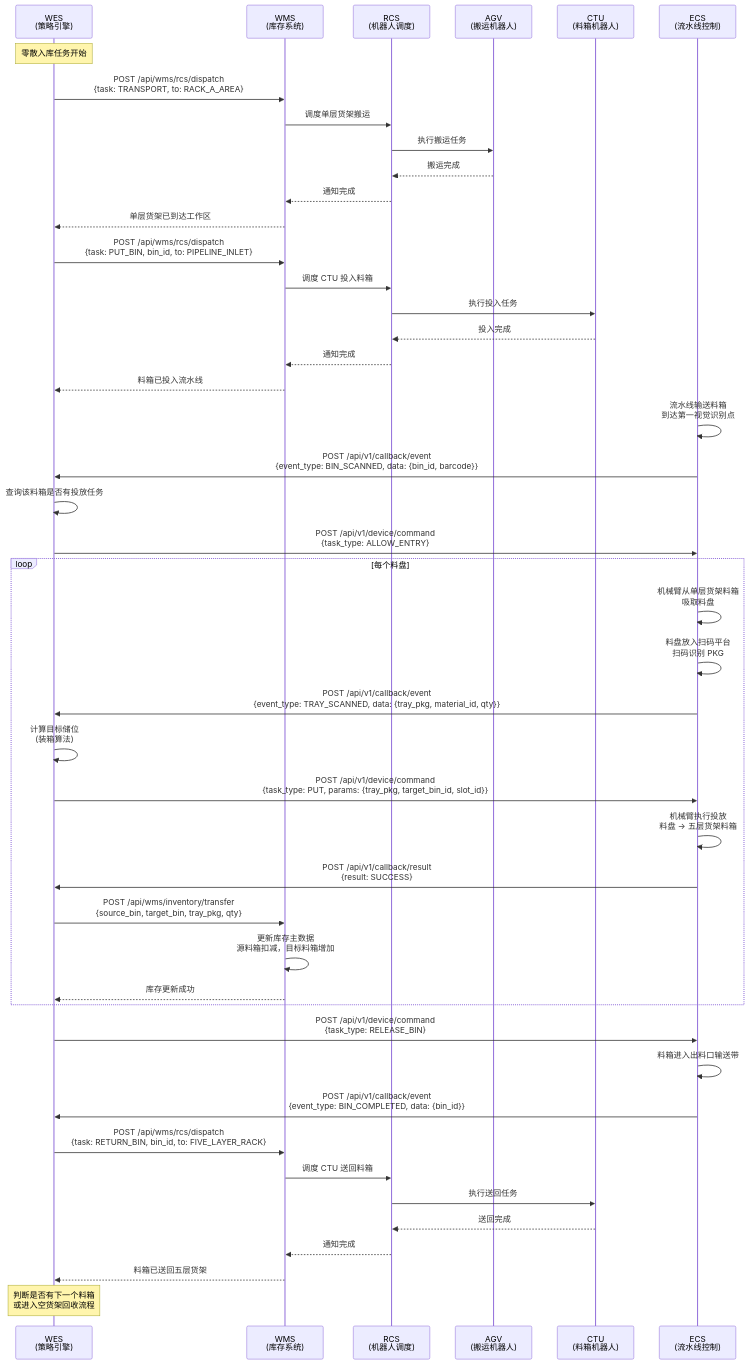
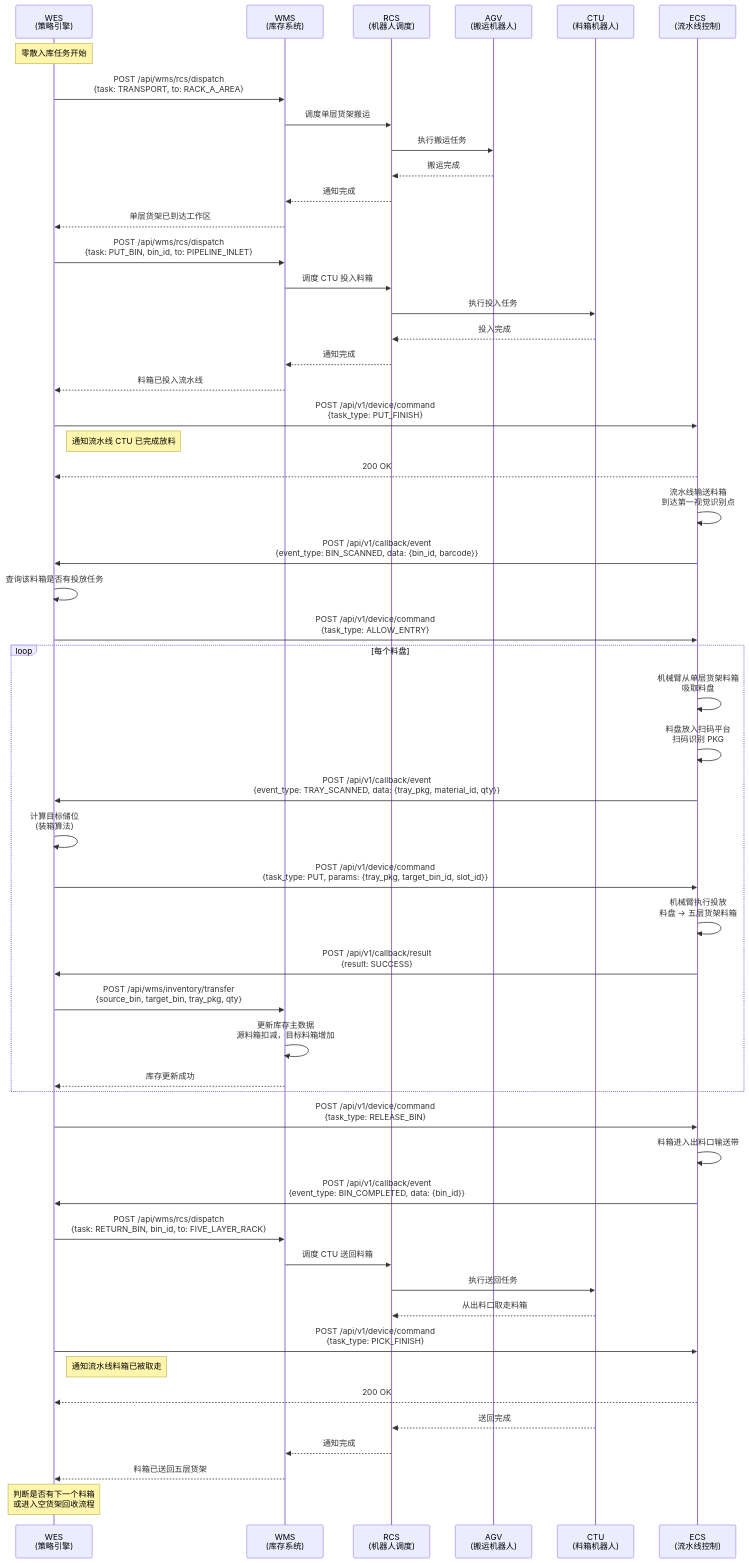
The fourth of 9 diagrams in docs/design/3.3.2-hybrid-inbound-strategy.md (kaizhoumasha/fxn_wms), drawn with Mermaid before and after one commit. The commit also changed other lines of this file and 1 other file, not shown here.

Commit message:
feat(docs): 添加CTU与流水线协调信号机制说明
在3.3.2混合入库策略和3.3.3 SMT生产发料文档中添加了CTU与流水线
的硬件协调信号机制：

- 新增PUT_FINISH信号：CTU完成放料后，WES发送PUT_FINISH命令到ECS，
  通知流水线CTU已完成放料动作
- 新增PICK_FINISH信号：CTU取走料箱后，WES发送PICK_FINISH命令到ECS，
  通知流水线料箱已被完全取走
- 更新了序列图，添加了相应的API调用和状态流转
- 优化了CTU批量取箱逐个放箱的流程说明
- 完善了出料口CTU回库作业的信号交互流程

````diff
--- a/docs/design/3.3.2-hybrid-inbound-strategy.md
+++ b/docs/design/3.3.2-hybrid-inbound-strategy.md
@@ -915,64 +917,71 @@
 ```mermaid
 sequenceDiagram
     participant WES as WES<br/>(策略引擎)
     participant WMS as WMS<br/>(库存系统)
     participant RCS as RCS<br/>(机器人调度)
     participant AGV as AGV<br/>(搬运机器人)
     participant CTU as CTU<br/>(料箱机器人)
     participant ECS as ECS<br/>(流水线控制)
 
     Note over WES: 零散入库任务开始
 
     %% 单层货架搬运至流水线工作区
     WES->>WMS: POST /api/wms/rcs/dispatch<br/>{task: TRANSPORT, to: RACK_A_AREA}
     WMS->>RCS: 调度单层货架搬运
     RCS->>AGV: 执行搬运任务
     AGV-->>RCS: 搬运完成
     RCS-->>WMS: 通知完成
     WMS-->>WES: 单层货架已到达工作区
 
     %% CTU 投入料箱到流水线
     WES->>WMS: POST /api/wms/rcs/dispatch<br/>{task: PUT_BIN, bin_id, to: PIPELINE_INLET}
     WMS->>RCS: 调度 CTU 投入料箱
     RCS->>CTU: 执行投入任务
     CTU-->>RCS: 投入完成
     RCS-->>WMS: 通知完成
     WMS-->>WES: 料箱已投入流水线
+    WES->>ECS: POST /api/v1/device/command<br/>{task_type: PUT_FINISH}
+    Note right of WES: 通知流水线 CTU 已完成放料
+    ECS-->>WES: 200 OK
 
     %% 流水线第一视觉识别点
     ECS->>ECS: 流水线输送料箱<br/>到达第一视觉识别点
     ECS->>WES: POST /api/v1/callback/event<br/>{event_type: BIN_SCANNED, data: {bin_id, barcode}}
     WES->>WES: 查询该料箱是否有投放任务
     WES->>ECS: POST /api/v1/device/command<br/>{task_type: ALLOW_ENTRY}
 
     %% 工作位料盘投放循环
     loop 每个料盘
         ECS->>ECS: 机械臂从单层货架料箱<br/>吸取料盘
         ECS->>ECS: 料盘放入扫码平台<br/>扫码识别 PKG
         ECS->>WES: POST /api/v1/callback/event<br/>{event_type: TRAY_SCANNED, data: {tray_pkg, material_id, qty}}
 
         WES->>WES: 计算目标储位<br/>(装箱算法)
         WES->>ECS: POST /api/v1/device/command<br/>{task_type: PUT, params: {tray_pkg, target_bin_id, slot_id}}
 
         ECS->>ECS: 机械臂执行投放<br/>料盘 → 五层货架料箱
         ECS->>WES: POST /api/v1/callback/result<br/>{result: SUCCESS}
 
         WES->>WMS: POST /api/wms/inventory/transfer<br/>{source_bin, target_bin, tray_pkg, qty}
         WMS->>WMS: 更新库存主数据<br/>源料箱扣减，目标料箱增加
         WMS-->>WES: 库存更新成功
     end
 
     %% 料箱完成与送回
     WES->>ECS: POST /api/v1/device/command<br/>{task_type: RELEASE_BIN}
     ECS->>ECS: 料箱进入出料口输送带
     ECS->>WES: POST /api/v1/callback/event<br/>{event_type: BIN_COMPLETED, data: {bin_id}}
 
     WES->>WMS: POST /api/wms/rcs/dispatch<br/>{task: RETURN_BIN, bin_id, to: FIVE_LAYER_RACK}
     WMS->>RCS: 调度 CTU 送回料箱
     RCS->>CTU: 执行送回任务
+    CTU-->>RCS: 从出料口取走料箱
+    WES->>ECS: POST /api/v1/device/command<br/>{task_type: PICK_FINISH}
+    Note right of WES: 通知流水线料箱已被取走
+    ECS-->>WES: 200 OK
     CTU-->>RCS: 送回完成
     RCS-->>WMS: 通知完成
     WMS-->>WES: 料箱已送回五层货架
 
     Note over WES: 判断是否有下一个料箱<br/>或进入空货架回收流程
 ```
````
